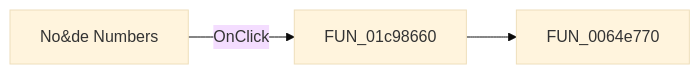
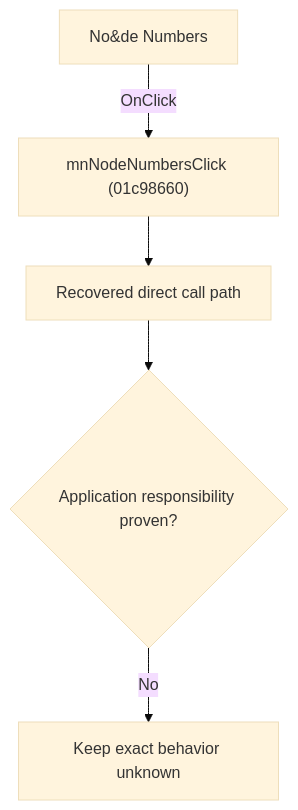
Before and after one commit to MovGP0/TIARA: the diagram in docs/ui-controls/schematiceditor/mnnodenumbers-d97c64dc9f.md, drawn with Mermaid (base theme). The commit also changed other lines of this file and 1062 other files, not shown here.

````diff
--- a/docs/ui-controls/schematiceditor/mnnodenumbers-d97c64dc9f.md
+++ b/docs/ui-controls/schematiceditor/mnnodenumbers-d97c64dc9f.md
@@ -27,5 +27,7 @@
 ```mermaid
-flowchart LR
-    control["No&de Numbers"] -->|OnClick| handler["FUN_01c98660"]
-    handler --> call1["FUN_0064e770"]
+flowchart TD
+    control["No&de Numbers"] -->|"OnClick"| handler["mnNodeNumbersClick (01c98660)"]
+    handler --> recovered["Recovered direct call path"]
+    recovered --> gap{"Application responsibility proven?"}
+    gap -->|"No"| blocked["Keep exact behavior unknown"]
 ```
````
